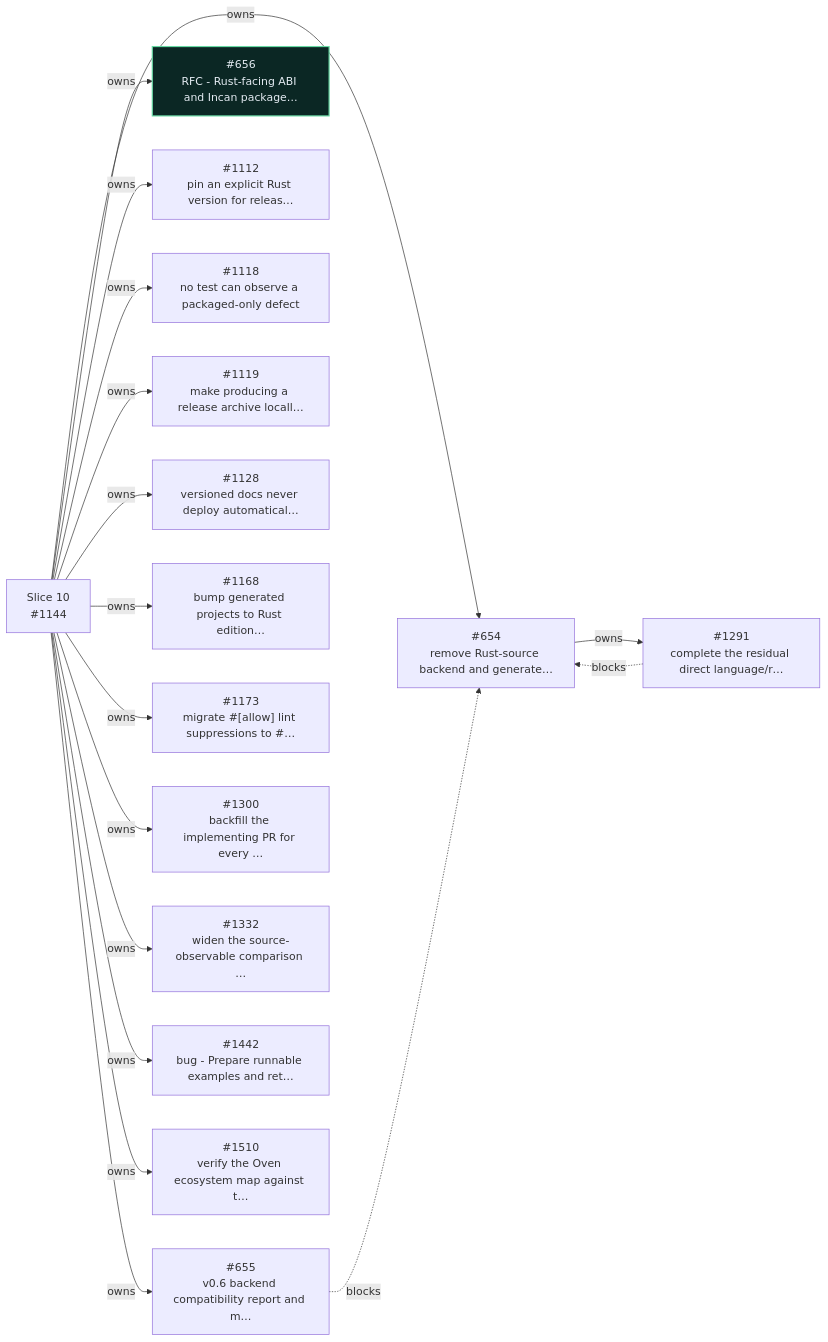
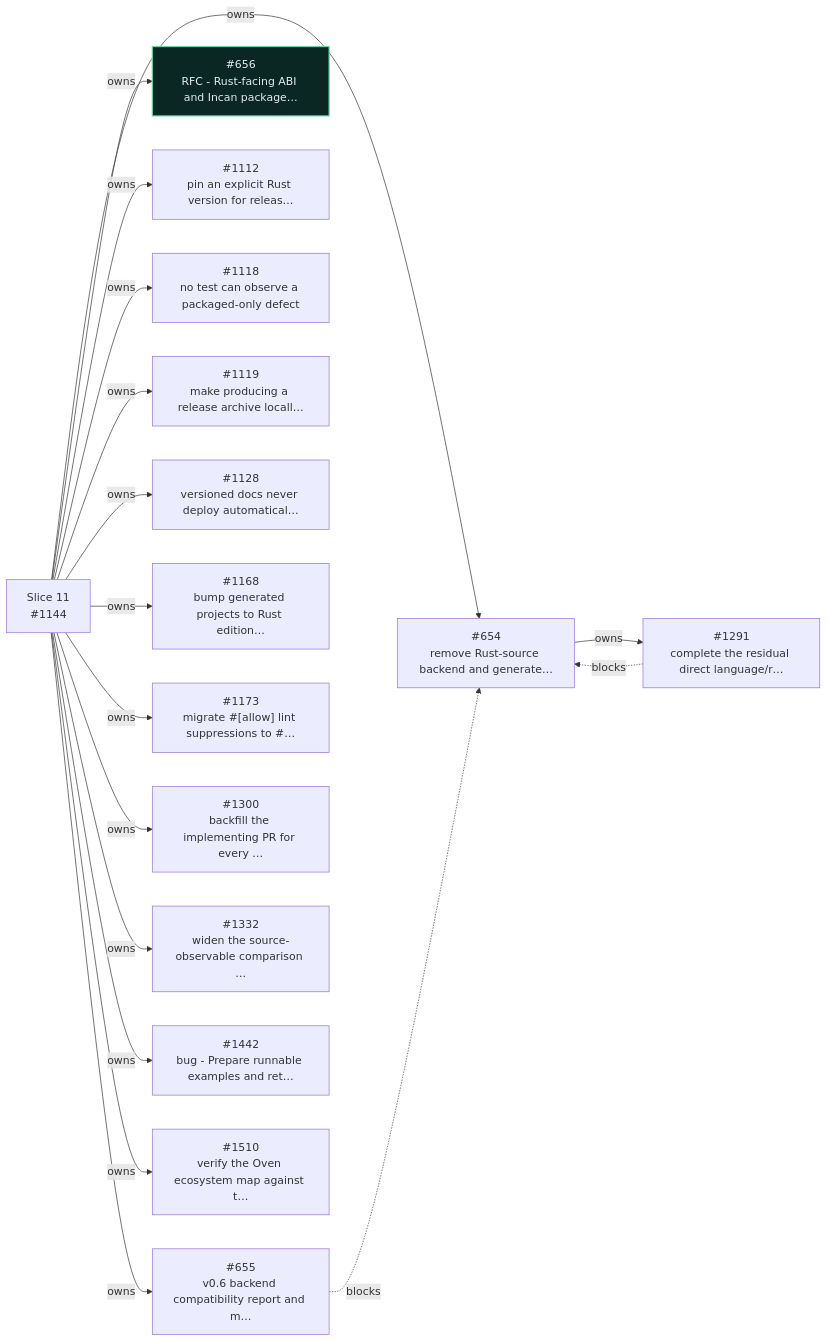
One commit to encero-systems/incan changed diagram 11 of 12 in workspaces/docs-site/docs/_snippets/project/v0_6_roadmap.md. Above: the diagram before and after it, drawn with Mermaid. The commit also changed other lines of this file and 7 other files, not shown here.

````diff
--- a/workspaces/docs-site/docs/_snippets/project/v0_6_roadmap.md
+++ b/workspaces/docs-site/docs/_snippets/project/v0_6_roadmap.md
@@ -768,51 +802,51 @@
 ```mermaid
 flowchart LR
   i654["#654<br/>remove Rust-source backend and generate…"]
   i655["#655<br/>v0.6 backend compatibility report and m…"]
   i656["#656<br/>RFC - Rust-facing ABI and Incan package…"]
   i1112["#1112<br/>pin an explicit Rust version for releas…"]
   i1118["#1118<br/>no test can observe a packaged-only defect"]
   i1119["#1119<br/>make producing a release archive locall…"]
   i1128["#1128<br/>versioned docs never deploy automatical…"]
-  s1144["Slice 10<br/>#1144"]
+  s1144["Slice 11<br/>#1144"]
   i1168["#1168<br/>bump generated projects to Rust edition…"]
   i1173["#1173<br/>migrate #[allow] lint suppressions to #…"]
   i1291["#1291<br/>complete the residual direct language/r…"]
   i1300["#1300<br/>backfill the implementing PR for every …"]
   i1332["#1332<br/>widen the source-observable comparison …"]
   i1442["#1442<br/>bug - Prepare runnable examples and ret…"]
   i1510["#1510<br/>verify the Oven ecosystem map against t…"]
   s1144 -- owns --> i654
   s1144 -- owns --> i655
   s1144 -- owns --> i656
   s1144 -- owns --> i1112
   s1144 -- owns --> i1118
   s1144 -- owns --> i1119
   s1144 -- owns --> i1128
   s1144 -- owns --> i1168
   s1144 -- owns --> i1173
   i654 -- owns --> i1291
   s1144 -- owns --> i1300
   s1144 -- owns --> i1332
   s1144 -- owns --> i1442
   s1144 -- owns --> i1510
   i655 -. blocks .-> i654
   i1291 -. blocks .-> i654
   classDef incv06complete fill:#0b2724,stroke:#66d9a3,color:#e4ebf2,stroke-width:1.7px
   class i656 incv06complete
   click i654 href "https://github.com/encero-systems/incan/issues/654" "Open #654 on GitHub"
   click i655 href "https://github.com/encero-systems/incan/issues/655" "Open #655 on GitHub"
   click i656 href "https://github.com/encero-systems/incan/issues/656" "Open #656 on GitHub"
   click i1112 href "https://github.com/encero-systems/incan/issues/1112" "Open #1112 on GitHub"
   click i1118 href "https://github.com/encero-systems/incan/issues/1118" "Open #1118 on GitHub"
   click i1119 href "https://github.com/encero-systems/incan/issues/1119" "Open #1119 on GitHub"
   click i1128 href "https://github.com/encero-systems/incan/issues/1128" "Open #1128 on GitHub"
   click s1144 href "https://github.com/encero-systems/incan/issues/1144" "Open #1144 on GitHub"
   click i1168 href "https://github.com/encero-systems/incan/issues/1168" "Open #1168 on GitHub"
   click i1173 href "https://github.com/encero-systems/incan/issues/1173" "Open #1173 on GitHub"
   click i1291 href "https://github.com/encero-systems/incan/issues/1291" "Open #1291 on GitHub"
   click i1300 href "https://github.com/encero-systems/incan/issues/1300" "Open #1300 on GitHub"
   click i1332 href "https://github.com/encero-systems/incan/issues/1332" "Open #1332 on GitHub"
   click i1442 href "https://github.com/encero-systems/incan/issues/1442" "Open #1442 on GitHub"
   click i1510 href "https://github.com/encero-systems/incan/issues/1510" "Open #1510 on GitHub"
 ```
````
